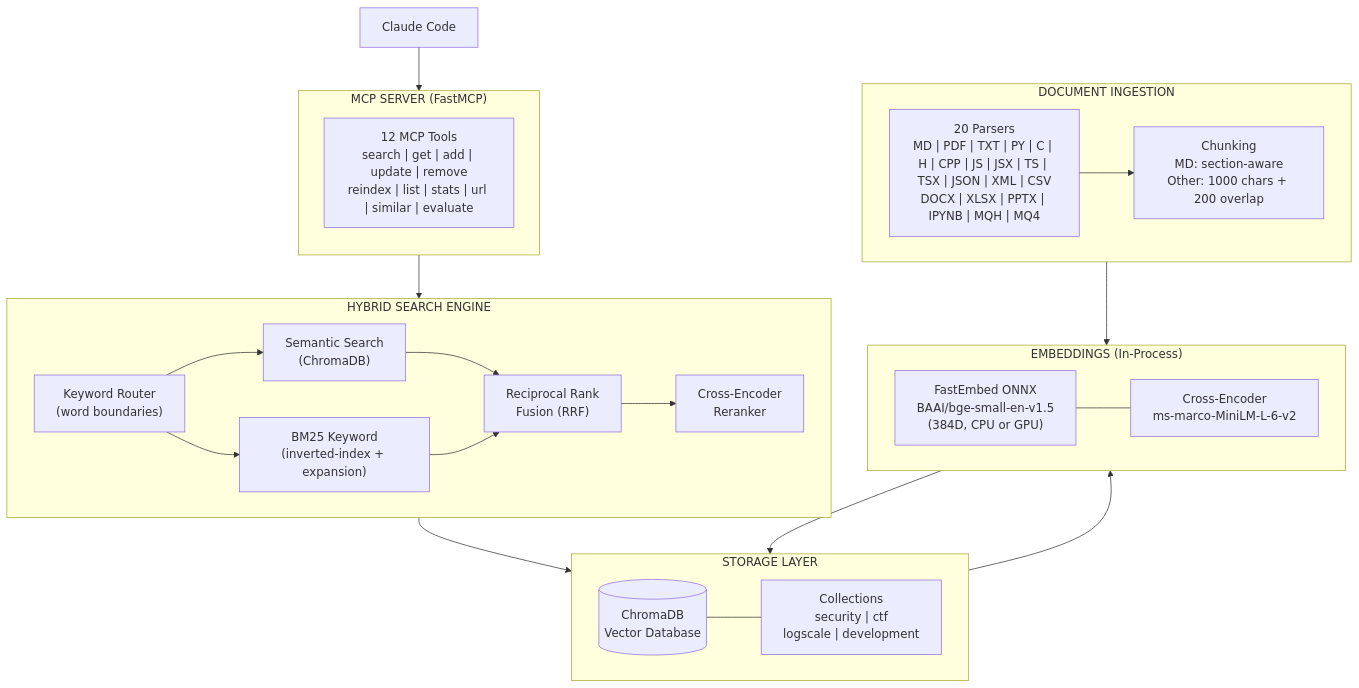
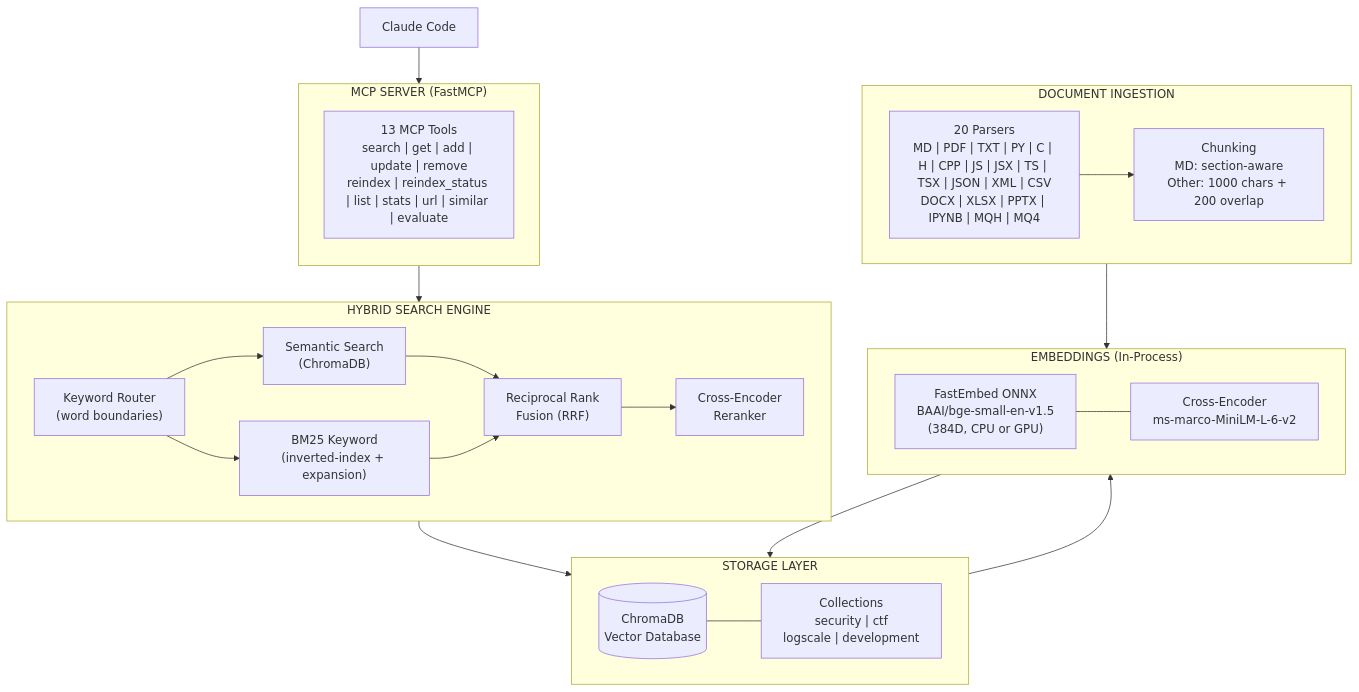
One commit to imakealol/knowledge-rag changed the first of 4 diagrams in README.md. Above: the diagram before and after it, drawn with Mermaid. The commit also changed other lines of this file and 6 other files, not shown here.

First line of the commit message:
feat(index): async background reindex + get_reindex_status tool + GPU CUDA 12

````diff
--- a/README.md
+++ b/README.md
@@ -216,48 +216,48 @@
 ```mermaid
 flowchart TB
     subgraph MCP["MCP SERVER (FastMCP)"]
         direction TB
-        TOOLS["12 MCP Tools<br/>search | get | add | update | remove<br/>reindex | list | stats | url | similar | evaluate"]
+        TOOLS["13 MCP Tools<br/>search | get | add | update | remove<br/>reindex | reindex_status | list | stats | url | similar | evaluate"]
     end
 
     subgraph SEARCH["HYBRID SEARCH ENGINE"]
         direction LR
         ROUTER["Keyword Router<br/>(word boundaries)"]
         SEMANTIC["Semantic Search<br/>(ChromaDB)"]
         BM25["BM25 Keyword<br/>(inverted-index + expansion)"]
         RRF["Reciprocal Rank<br/>Fusion (RRF)"]
         RERANK["Cross-Encoder<br/>Reranker"]
 
         ROUTER --> SEMANTIC
         ROUTER --> BM25
         SEMANTIC --> RRF
         BM25 --> RRF
         RRF --> RERANK
     end
 
     subgraph STORAGE["STORAGE LAYER"]
         direction LR
         CHROMA[("ChromaDB<br/>Vector Database")]
         COLLECTIONS["Collections<br/>security | ctf<br/>logscale | development"]
         CHROMA --- COLLECTIONS
     end
 
     subgraph EMBED["EMBEDDINGS (In-Process)"]
         FASTEMBED["FastEmbed ONNX<br/>BAAI/bge-small-en-v1.5<br/>(384D, CPU or GPU)"]
         CROSSENC["Cross-Encoder<br/>ms-marco-MiniLM-L-6-v2"]
         FASTEMBED --- CROSSENC
     end
 
     subgraph INGEST["DOCUMENT INGESTION"]
         PARSERS["20 Parsers<br/>MD | PDF | TXT | PY | C | H | CPP | JS | JSX | TS | TSX | JSON | XML | CSV<br/>DOCX | XLSX | PPTX | IPYNB | MQH | MQ4"]
         CHUNKER["Chunking<br/>MD: section-aware<br/>Other: 1000 chars + 200 overlap"]
         PARSERS --> CHUNKER
     end
 
     CLAUDE["Claude Code"] --> MCP
     MCP --> SEARCH
     SEARCH --> STORAGE
     STORAGE --> EMBED
     INGEST --> EMBED
     EMBED --> STORAGE
 ```
````
